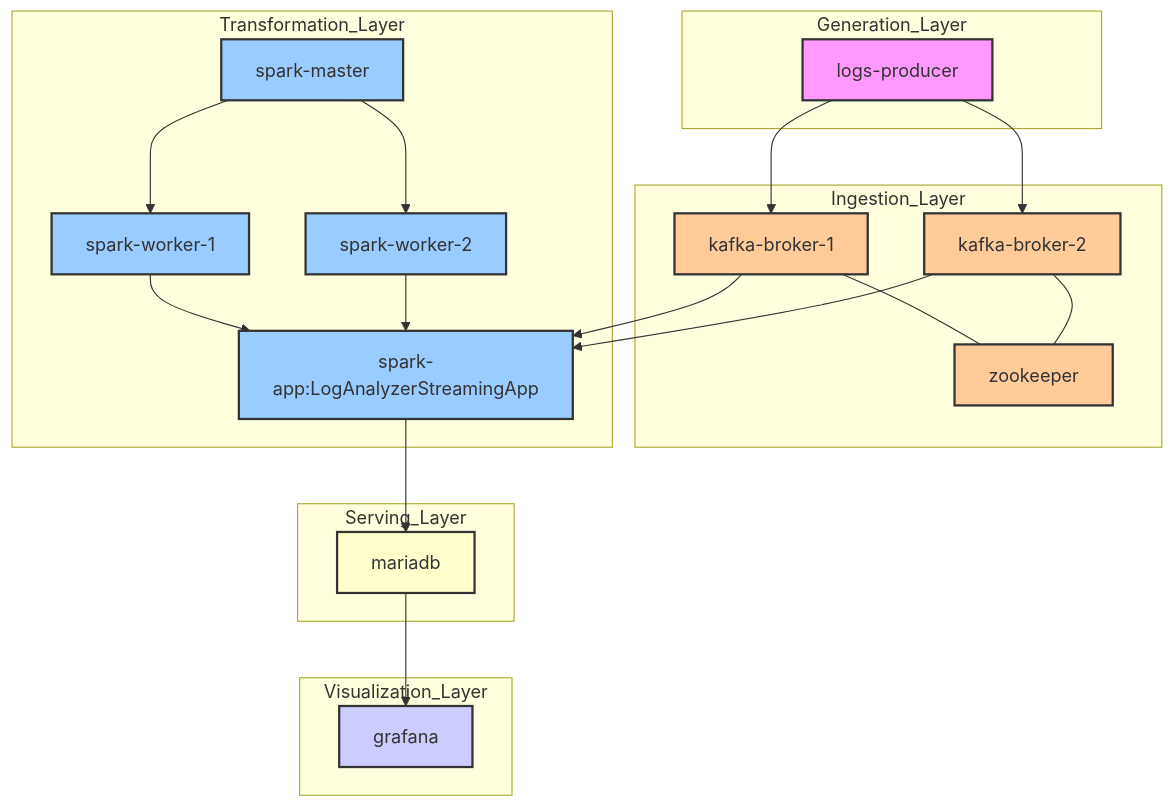
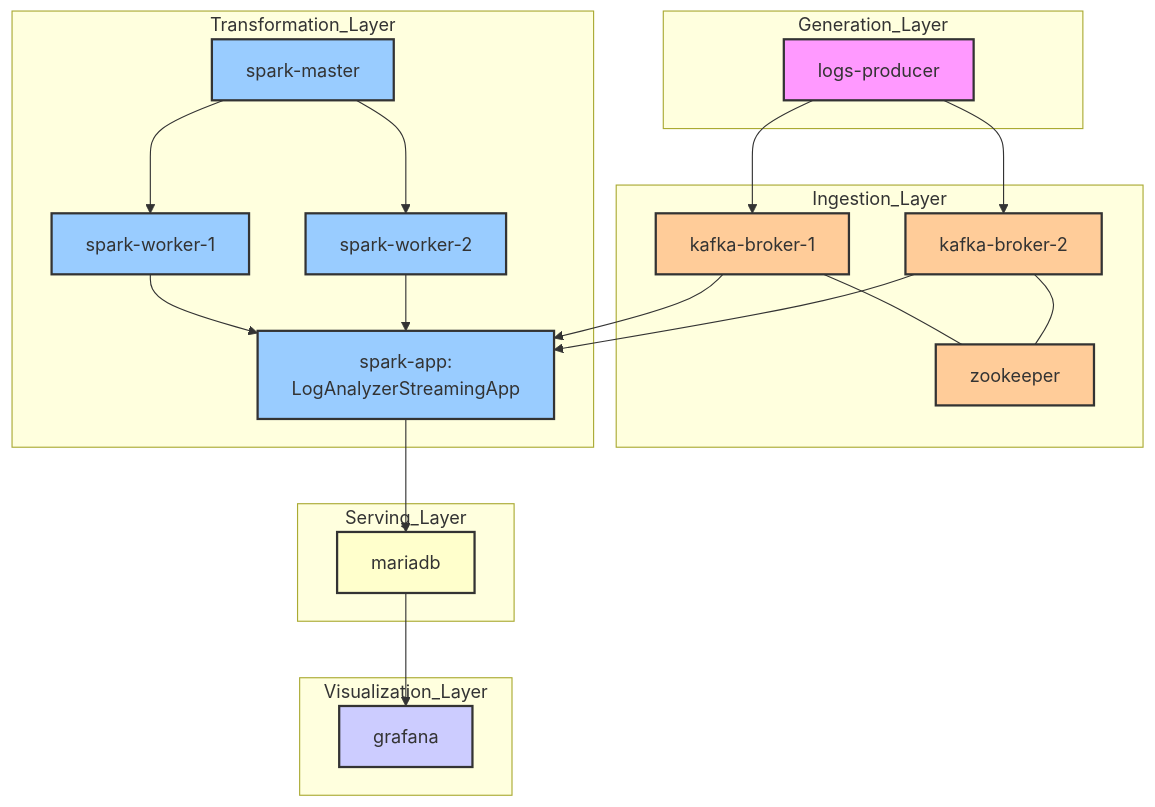
The diagram in README.md (SchierleLukas/big-data-engineering), drawn with Mermaid before and after one commit.

````diff
--- a/README.md
+++ b/README.md
@@ -15,50 +15,51 @@
 ```mermaid
 graph TD
     subgraph Generation_Layer
         A[logs-producer]
     end
 
     subgraph Ingestion_Layer
         B1[kafka-broker-1]
         B2[kafka-broker-2]
         Z[zookeeper]
         A --> B1
         A --> B2
         B1 --- Z
         B2 --- Z
     end
 
     subgraph Transformation_Layer
         M1[spark-master]
         W1[spark-worker-1]
         W2[spark-worker-2]
-        C[spark-app:LogAnalyzerStreamingApp]
+        C[spark-app:
+LogAnalyzerStreamingApp]
         M1 --> W1
         M1 --> W2
         W1 --> C
         W2 --> C
         B1 --> C
         B2 --> C
     end
 
     subgraph Serving_Layer
         M[mariadb]
         C --> M
     end
 
     subgraph Visualization_Layer
         G[grafana]
         M --> G
     end
 
     style A fill:#f9f,stroke:#333,stroke-width:2px
     style B1 fill:#fc9,stroke:#333,stroke-width:2px
     style B2 fill:#fc9,stroke:#333,stroke-width:2px
     style Z fill:#fc9,stroke:#333,stroke-width:2px
     style C fill:#9cf,stroke:#333,stroke-width:2px
     style M fill:#ffc,stroke:#333,stroke-width:2px
     style G fill:#ccf,stroke:#333,stroke-width:2px
     style M1 fill:#9cf,stroke:#333,stroke-width:2px
     style W1 fill:#9cf,stroke:#333,stroke-width:2px
     style W2 fill:#9cf,stroke:#333,stroke-width:2px
 ```
````
